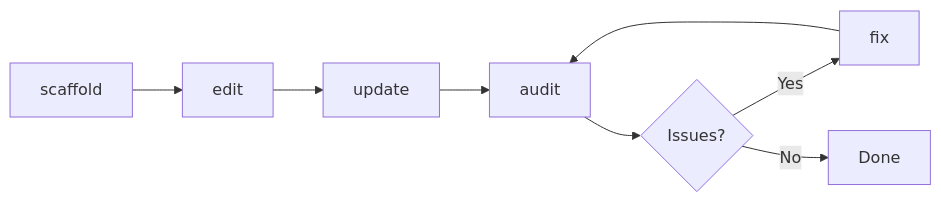
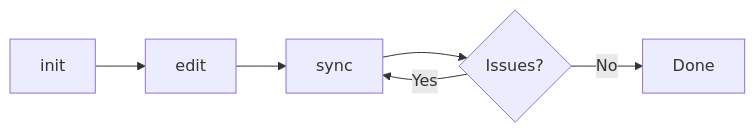
Before and after one commit to Data-Wise/craft: the first of 2 diagrams in docs/commands/docs/claude-md.md, drawn with Mermaid. The commit also changed other lines of this file and 8 other files, not shown here.

````diff
--- a/docs/commands/docs/claude-md.md
+++ b/docs/commands/docs/claude-md.md
@@ -13,10 +13,8 @@
 ```mermaid
 flowchart LR
-    A[scaffold] --> B[edit]
-    B --> C[update]
-    C --> D[audit]
-    D --> E{Issues?}
-    E -->|Yes| F[fix]
-    E -->|No| G[Done]
-    F --> D
+    A[init] --> B[edit]
+    B --> C[sync]
+    C --> D{Issues?}
+    D -->|Yes| C
+    D -->|No| E[Done]
 ```
````
